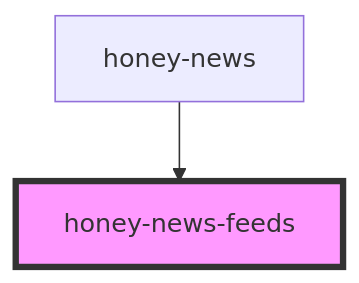
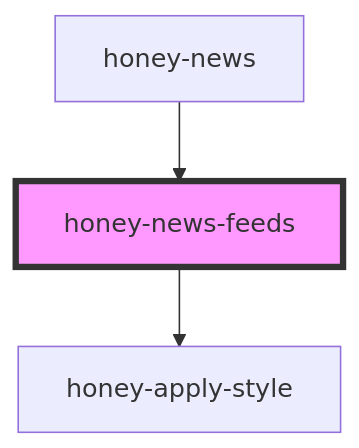
One commit to Huluvu424242/honey-news changed the diagram in src/components/honey-news/feeds/readme.md. Above: the diagram before and after it, drawn with Mermaid. The commit also changed other lines of this file and 21 other files, not shown here.

````diff
--- a/src/components/honey-news/feeds/readme.md
+++ b/src/components/honey-news/feeds/readme.md
@@ -22,5 +26,6 @@
 ```mermaid
 graph TD;
+  honey-news-feeds --> honey-apply-style
   honey-news --> honey-news-feeds
   style honey-news-feeds fill:#f9f,stroke:#333,stroke-width:4px
 ```
````
